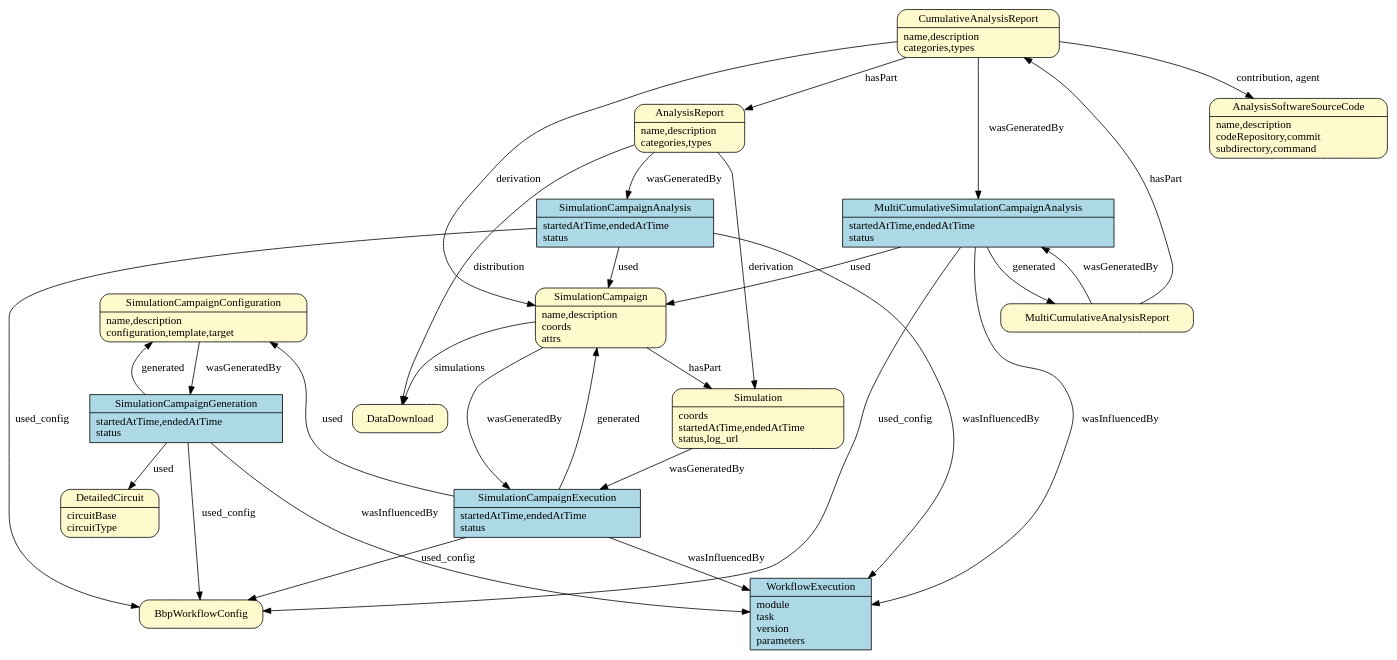
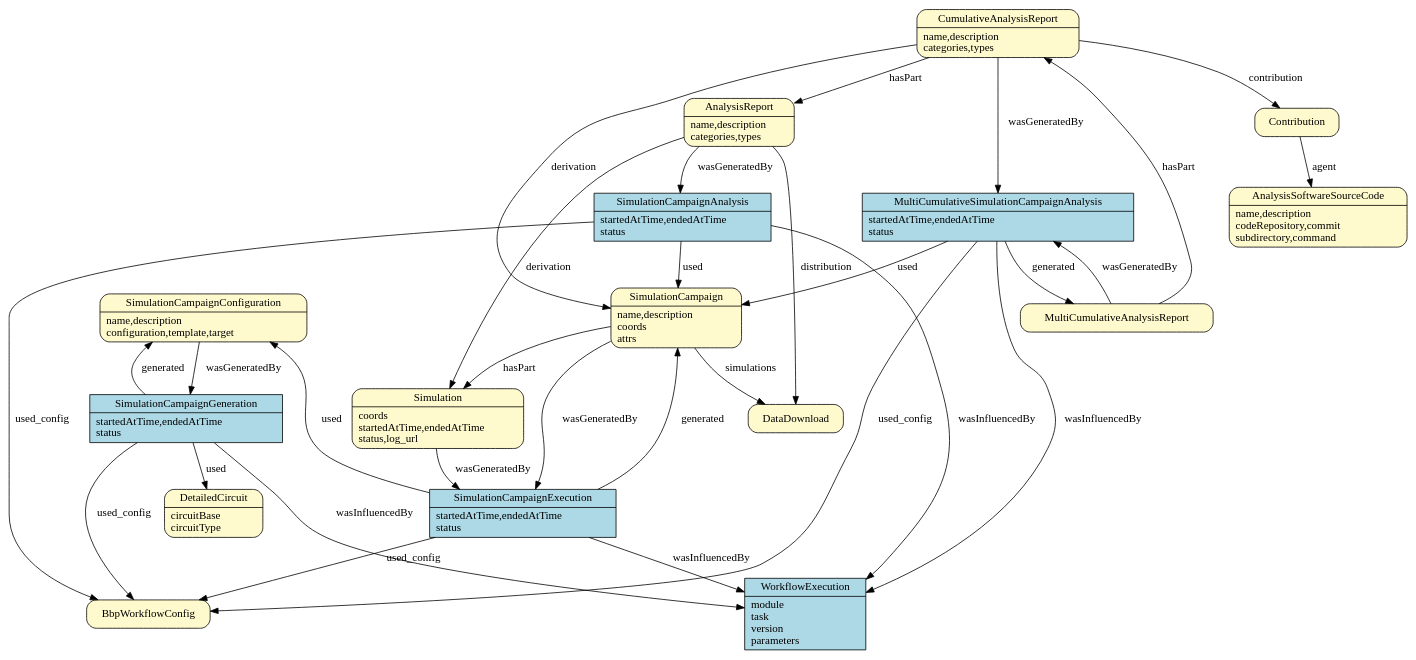
One commit to BlueBrain/entity-management changed the fourth of 4 diagrams in doc/source/prov_patterns.rst. Above: the diagram before and after it, drawn with Graphviz.

Commit message:
Expand contribution, agent

```diff
--- a/doc/source/prov_patterns.rst
+++ b/doc/source/prov_patterns.rst
@@ -166,6 +166,9 @@
             href = "../generated/entity_management.simulation.html#entity_management.simulation.AnalysisSoftwareSourceCode"
             target = "_top"
         ]
+        Contribution [
+            shape = Mrecord style = filled fillcolor = lemonchiffon
+        ]
         WorkflowExecution [
             shape = record style = filled fillcolor = lightblue
             label = "{WorkflowExecution|module\ltask\lversion\lparameters\l}"
@@ -199,7 +202,8 @@
         CumulativeAnalysisReport -> SimulationCampaign [label = "derivation"];
         CumulativeAnalysisReport -> MultiCumulativeSimulationCampaignAnalysis [label = "wasGeneratedBy"];
         CumulativeAnalysisReport -> AnalysisReport [label = "hasPart"];
-        CumulativeAnalysisReport -> AnalysisSoftwareSourceCode [label = "contribution, agent"];
+        CumulativeAnalysisReport -> Contribution [label = "contribution"];
+        Contribution -> AnalysisSoftwareSourceCode [label = "agent"];
         MultiCumulativeAnalysisReport -> MultiCumulativeSimulationCampaignAnalysis [label = "wasGeneratedBy"];
         MultiCumulativeAnalysisReport -> CumulativeAnalysisReport [label = "hasPart"];
     }
```
